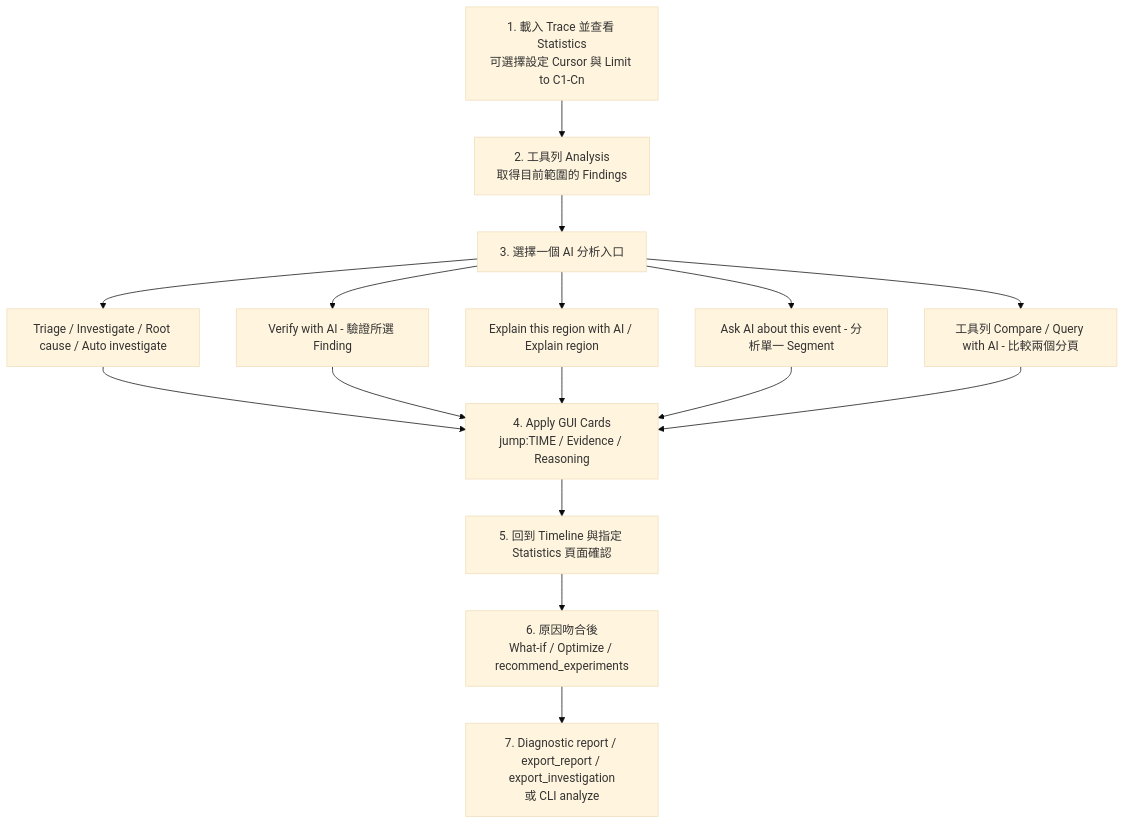
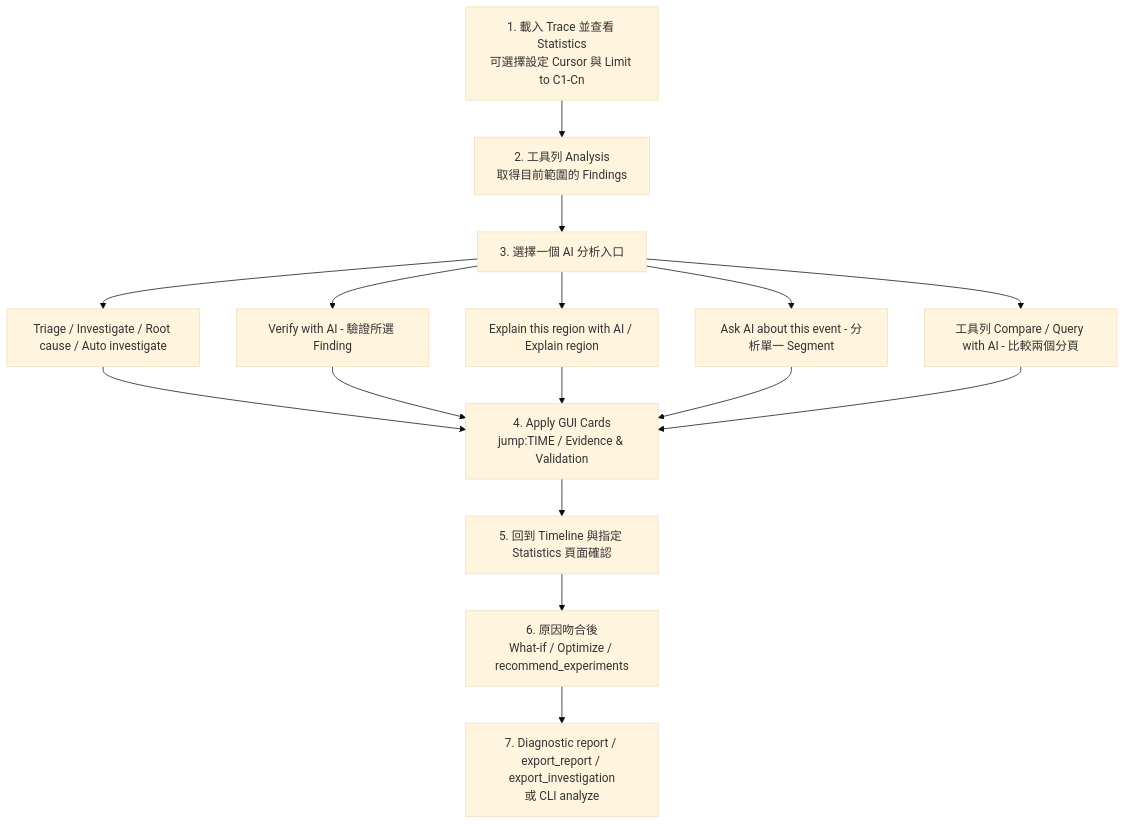
Before and after one commit to kuopinghsu/FreeRTOS-BTF-Trace: the third of 11 diagrams in BTFViewer/AI_zh-TW.md, drawn with Mermaid (base theme). The commit also changed other lines of this file and 38 other files, not shown here.

````diff
--- a/BTFViewer/AI_zh-TW.md
+++ b/BTFViewer/AI_zh-TW.md
@@ -133,19 +133,19 @@
 ```mermaid
 flowchart TD
   load["1. 載入 Trace 並查看 Statistics<br/>可選擇設定 Cursor 與 Limit to C1-Cn"]
   load --> analysis["2. 工具列 Analysis<br/>取得目前範圍的 Findings"]
   analysis --> entry["3. 選擇一個 AI 分析入口"]
   entry --> triage["Triage / Investigate / Root cause / Auto investigate"]
   entry --> verify["Verify with AI - 驗證所選 Finding"]
   entry --> region["Explain this region with AI / Explain region"]
   entry --> event["Ask AI about this event - 分析單一 Segment"]
   entry --> cmpQuery["工具列 Compare / Query with AI - 比較兩個分頁"]
-  triage --> apply["4. Apply GUI Cards<br/>jump:TIME / Evidence / Reasoning"]
+  triage --> apply["4. Apply GUI Cards<br/>jump:TIME / Evidence & Validation"]
   verify --> apply
   region --> apply
   event --> apply
   cmpQuery --> apply
   apply --> confirm["5. 回到 Timeline 與指定 Statistics 頁面確認"]
   confirm --> experiment["6. 原因吻合後<br/>What-if / Optimize / recommend_experiments"]
   experiment --> report["7. Diagnostic report / export_report / export_investigation<br/>或 CLI analyze"]
 ```
````
